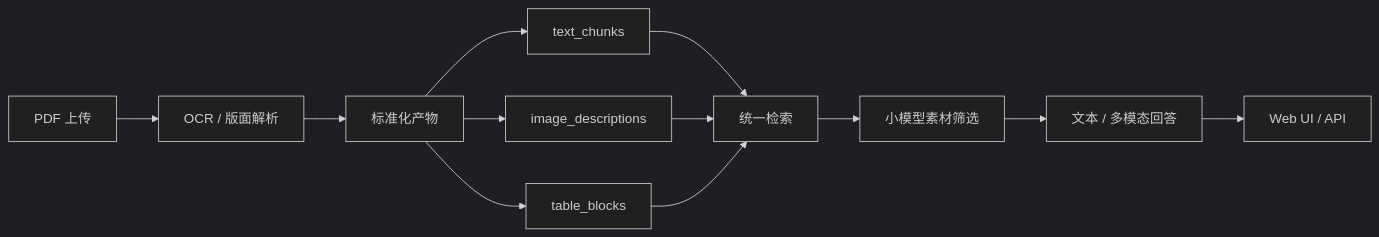
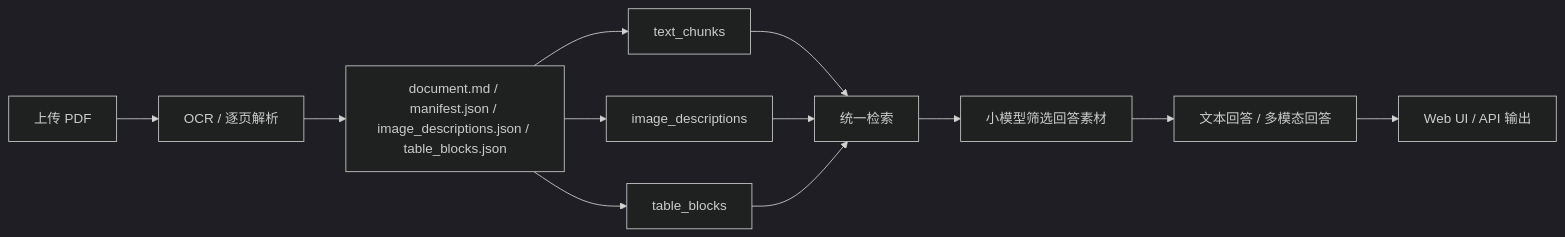
Before and after one commit to biyiyizuilihai/complex-document-rag: the diagram in README.md, drawn with Mermaid (dark theme). The commit also changed other lines of this file and 13 other files, not shown here.

````diff
--- a/README.md
+++ b/README.md
@@ -25,14 +24,14 @@
 ```mermaid
 flowchart LR
-    A["PDF 上传"] --> B["OCR / 版面解析"]
-    B --> C["标准化产物"]
+    A["上传 PDF"] --> B["OCR / 逐页解析"]
+    B --> C["document.md / manifest.json / image_descriptions.json / table_blocks.json"]
     C --> D["text_chunks"]
     C --> E["image_descriptions"]
     C --> F["table_blocks"]
     D --> G["统一检索"]
     E --> G
     F --> G
-    G --> H["小模型素材筛选"]
-    H --> I["文本 / 多模态回答"]
-    I --> J["Web UI / API"]
+    G --> H["小模型筛选回答素材"]
+    H --> I["文本回答 / 多模态回答"]
+    I --> J["Web UI / API 输出"]
 ```
````
